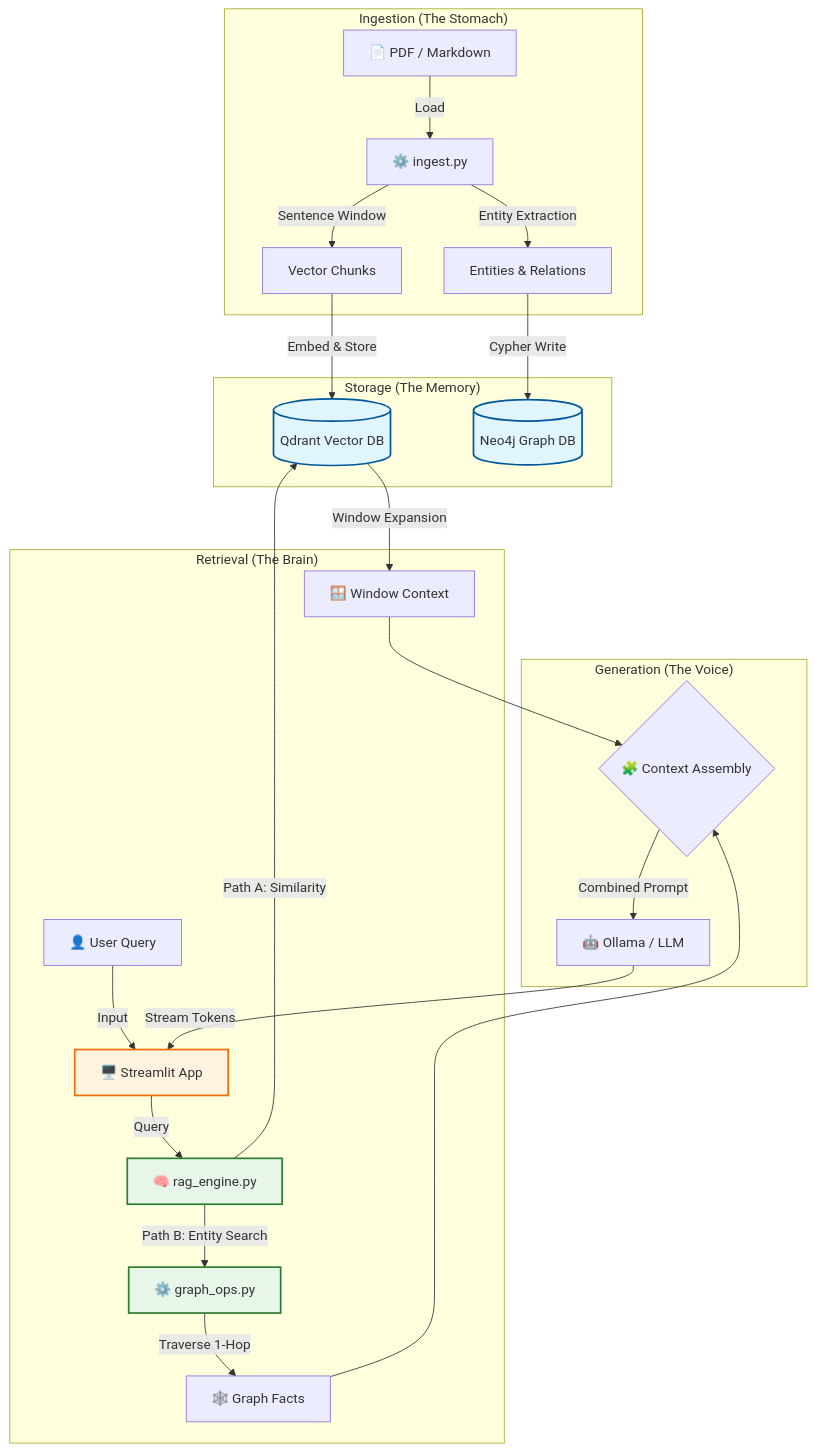
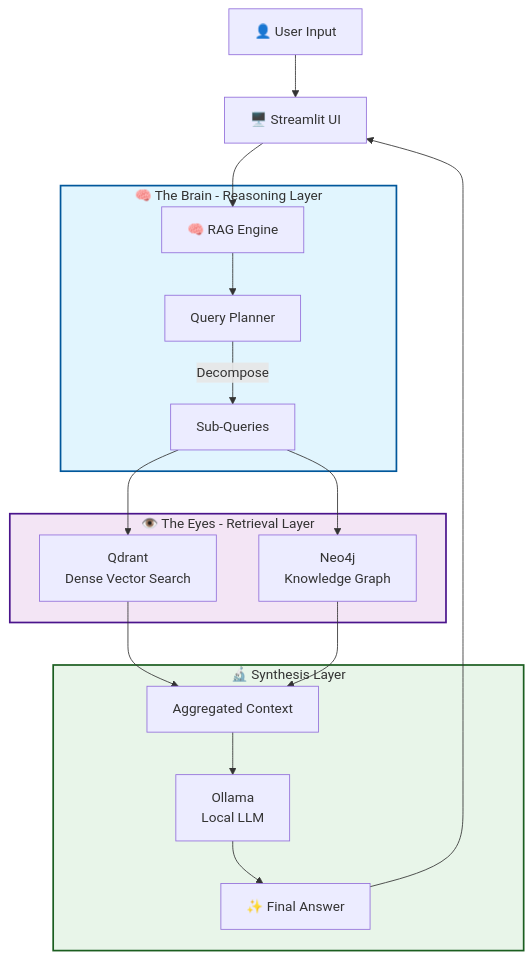
Before and after one commit to UrbanElephant/Lilly-X: the first of 2 diagrams in README.md, drawn with Mermaid. The commit also changed other lines of this file and 9 other files, not shown here.

First line of the commit message:
feat(arch): Upgrade to Reasoning GraphRAG with Query Planner

````diff
--- a/README.md
+++ b/README.md
@@ -7,37 +7,28 @@
 ```mermaid
 graph TD
-    %% Styles
-    classDef storage fill:#e1f5fe,stroke:#01579b,stroke-width:2px;
-    classDef process fill:#e8f5e9,stroke:#2e7d32,stroke-width:2px;
-    classDef ui fill:#fff3e0,stroke:#ef6c00,stroke-width:2px;
-
-    subgraph "Ingestion (The Stomach)"
-        Docs[📄 PDF / Markdown] -->|Load| Ingest[⚙️ ingest.py]
-        Ingest -->|Sentence Window| Chunks[Vector Chunks]
-        Ingest -->|Entity Extraction| Entities[Entities & Relations]
+    User[👤 User Input] --> UI[🖥️ Streamlit UI]
+    UI --> Engine[🧠 RAG Engine]
+    
+    subgraph Brain["🧠 The Brain - Reasoning Layer"]
+        Engine --> Planner[Query Planner]
+        Planner -->|Decompose| SubQ[Sub-Queries]
     end
-
-    subgraph "Storage (The Memory)"
-        Chunks -->|Embed & Store| Qdrant[(Qdrant Vector DB)]:::storage
-        Entities -->|Cypher Write| Neo4j[(Neo4j Graph DB)]:::storage
+    
+    subgraph Eyes["👁️ The Eyes - Retrieval Layer"]
+        SubQ --> Vector[Qdrant<br/>Dense Vector Search]
+        SubQ --> Graph[Neo4j<br/>Knowledge Graph]
     end
-
-    subgraph "Retrieval (The Brain)"
-        User[👤 User Query] -->|Input| App[🖥️ Streamlit App]:::ui
-        App -->|Query| RAG[🧠 rag_engine.py]:::process
-        
-        %% Paths
-        RAG -->|Path A: Similarity| Qdrant
-        Qdrant -->|Window Expansion| WindowNodes[🪟 Window Context]
-        
-        RAG -->|Path B: Entity Search| GraphOps[⚙️ graph_ops.py]:::process
-        GraphOps -->|Traverse 1-Hop| GraphFacts[🕸️ Graph Facts]
+    
+    subgraph Synthesis["🔬 Synthesis Layer"]
+        Vector --> Context[Aggregated Context]
+        Graph --> Context
+        Context --> LLM[Ollama<br/>Local LLM]
+        LLM --> Answer[✨ Final Answer]
     end
-
-    subgraph "Generation (The Voice)"
-        WindowNodes --> Context{🧩 Context Assembly}
-        GraphFacts --> Context
-        Context -->|Combined Prompt| LLM[🤖 Ollama / LLM]
-        LLM -->|Stream Tokens| App
-    end
+    
+    Answer --> UI
+    
+    style Brain fill:#e1f5fe,stroke:#01579b,stroke-width:2px
+    style Eyes fill:#f3e5f5,stroke:#4a148c,stroke-width:2px
+    style Synthesis fill:#e8f5e9,stroke:#1b5e20,stroke-width:2px
 ```
````
